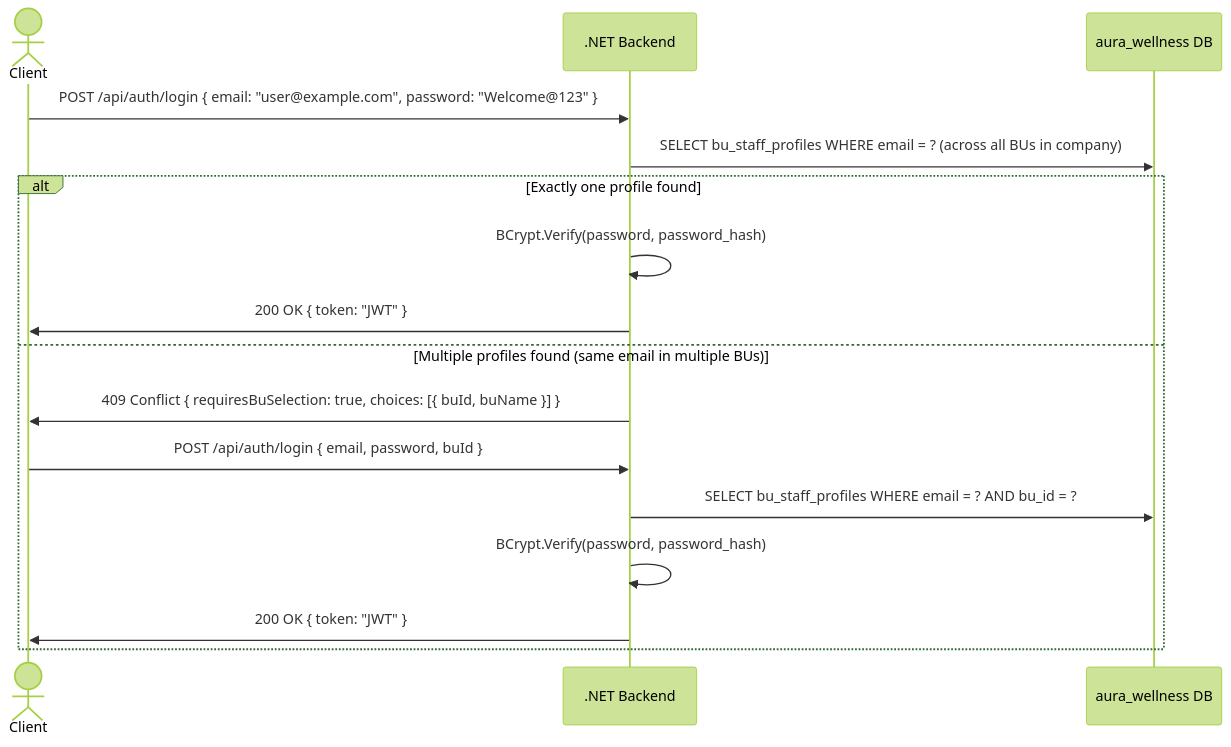
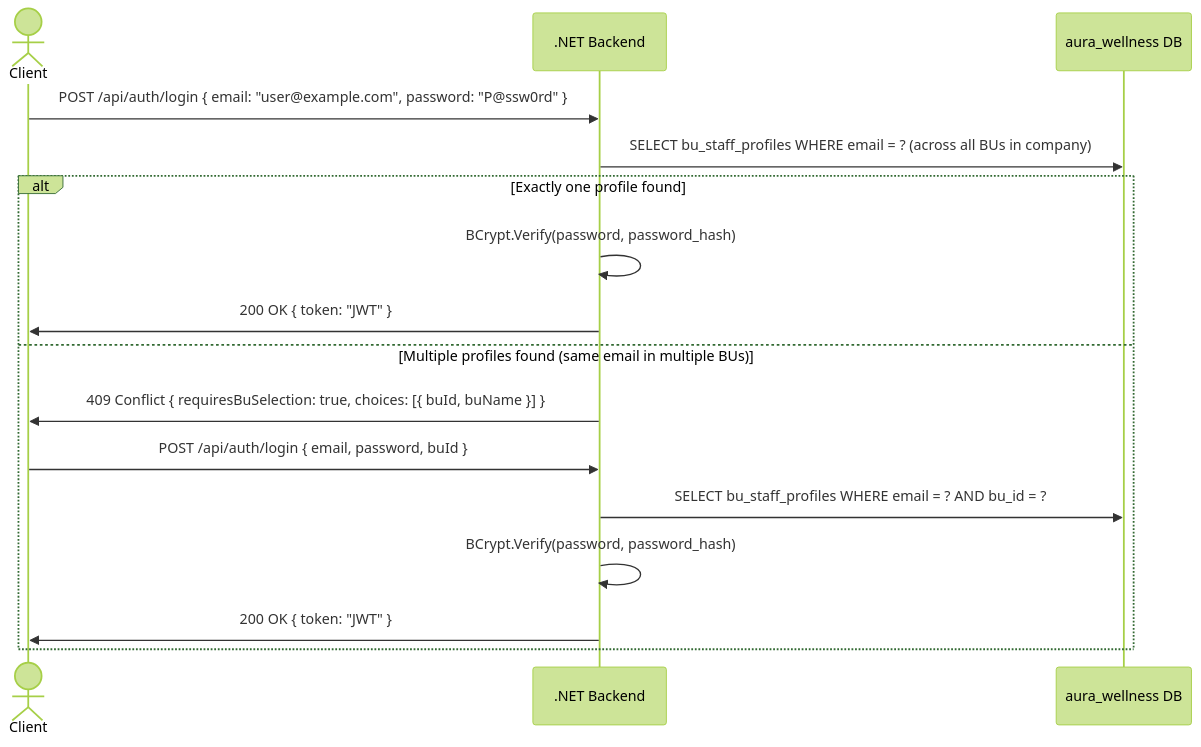
One commit to ZEN-ZAI/Aura-Wellness changed the fourth of 5 diagrams in docs/system-design.md. Above: the diagram before and after it, drawn with Mermaid (forest theme). The commit also changed other lines of this file and 1 other file, not shown here.

````diff
--- a/docs/system-design.md
+++ b/docs/system-design.md
@@ -162,20 +162,20 @@
 ```mermaid
 sequenceDiagram
     actor Client
     participant API as .NET Backend
     participant DB as aura_wellness DB
 
-    Client->>API: POST /api/auth/login { email: "user@example.com", password: "Welcome@123" }
+    Client->>API: POST /api/auth/login { email: "user@example.com", password: "P@ssw0rd" }
     API->>DB: SELECT bu_staff_profiles WHERE email = ? (across all BUs in company)
 
     alt Exactly one profile found
         API->>API: BCrypt.Verify(password, password_hash)
         API->>Client: 200 OK { token: "JWT" }
     else Multiple profiles found (same email in multiple BUs)
         API->>Client: 409 Conflict { requiresBuSelection: true, choices: [{ buId, buName }] }
         Client->>API: POST /api/auth/login { email, password, buId }
         API->>DB: SELECT bu_staff_profiles WHERE email = ? AND bu_id = ?
         API->>API: BCrypt.Verify(password, password_hash)
         API->>Client: 200 OK { token: "JWT" }
     end
 ```
````
